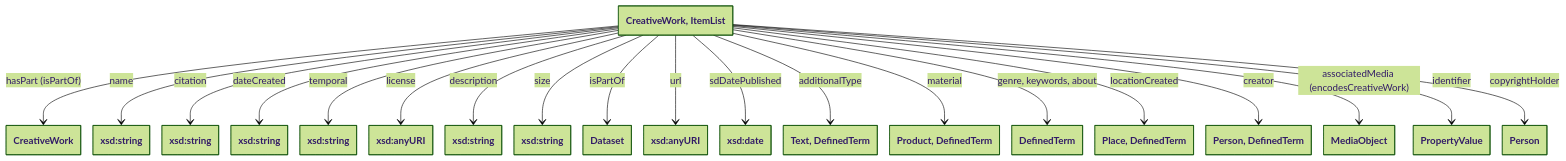
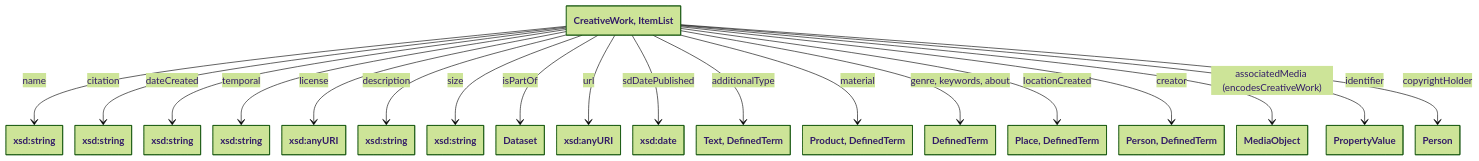
One commit to collectienederland/schema-profile changed the first of 7 diagrams in README.md. Above: the diagram before and after it, drawn with Mermaid. The commit also changed other lines of this file, not shown here.

Commit message:
changes candidate v1.0.0

````diff
--- a/README.md
+++ b/README.md
@@ -12,70 +12,67 @@
 ```mermaid
 ---
   config:
     theme: forest
     nodeSpacing: 20
     rankSpacing: 100
     class:  
       hideEmptyMembersBox: true
 ---
 classDiagram
 class creativework["CreativeWork, ItemList"]
-
-class part["CreativeWork"]
-creativework --> part: hasPart (isPartOf)
 
 class lit_name["xsd:string"]
 creativework --> lit_name: name
 
 class lit_citation["xsd:string"]
 creativework --> lit_citation: citation
 
 class lit_1["xsd:string"]
 creativework --> lit_1: dateCreated
 
 class lit_22["xsd:string"]
 creativework --> lit_22: temporal
 
 class lit_24["xsd:anyURI"]
 creativework --> lit_24: license
 
 class lit_9["xsd:string"]
 creativework --> lit_9: description
 
 class lit_13["xsd:string"]
 creativework --> lit_13: size
 
 class lit_14["Dataset"]
 creativework --> lit_14: isPartOf
 
 class lit_17["xsd:anyURI"]
 creativework --> lit_17: url
 
 class lit_25["xsd:date"]
 creativework --> lit_25: sdDatePublished
 
 class additional["Text, DefinedTerm"]
 creativework --> additional: additionalType
 
 class product["Product, DefinedTerm"]
 creativework --> product: material
 
 class defterm["DefinedTerm"]
 creativework --> defterm: genre, keywords, about
 
 class place["Place, DefinedTerm"]
 creativework --> place: locationCreated
 
 class person["Person, DefinedTerm"]
 creativework --> person: creator
 
 class mediaobject["MediaObject"]
 creativework --> mediaobject: associatedMedia (encodesCreativeWork)
 
 class propval["PropertyValue"]
 creativework --> propval: identifier
 
 class copyperson["Person"]
 creativework --> copyperson: copyrightHolder
 
 ```
````
